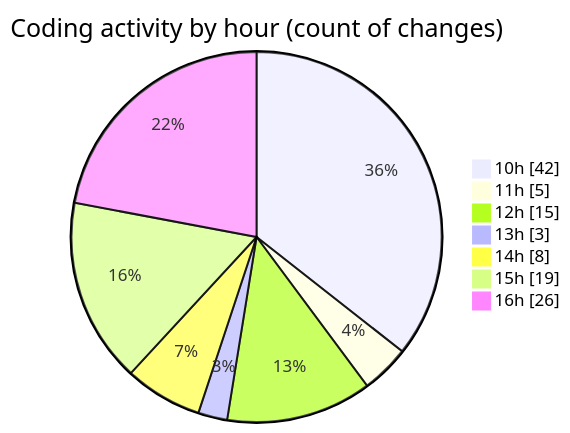
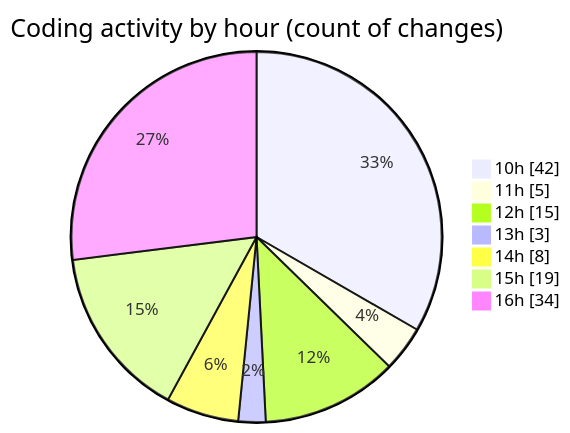
The second of 2 diagrams in 2025-08-04/nxtqube_webapp/README.md (nxtqubesakshisongat/code-tracking), drawn with Mermaid before and after one commit. The commit also changed other lines of this file and 1 other file, not shown here.

````diff
--- a/2025-08-04/nxtqube_webapp/README.md
+++ b/2025-08-04/nxtqube_webapp/README.md
@@ -42,11 +46,11 @@
 ```mermaid
 pie showData
 title Coding activity by hour (count of changes)
 "10h" : 42
 "11h" : 5
 "12h" : 15
 "13h" : 3
 "14h" : 8
 "15h" : 19
-"16h" : 26
+"16h" : 34
 ```
````
